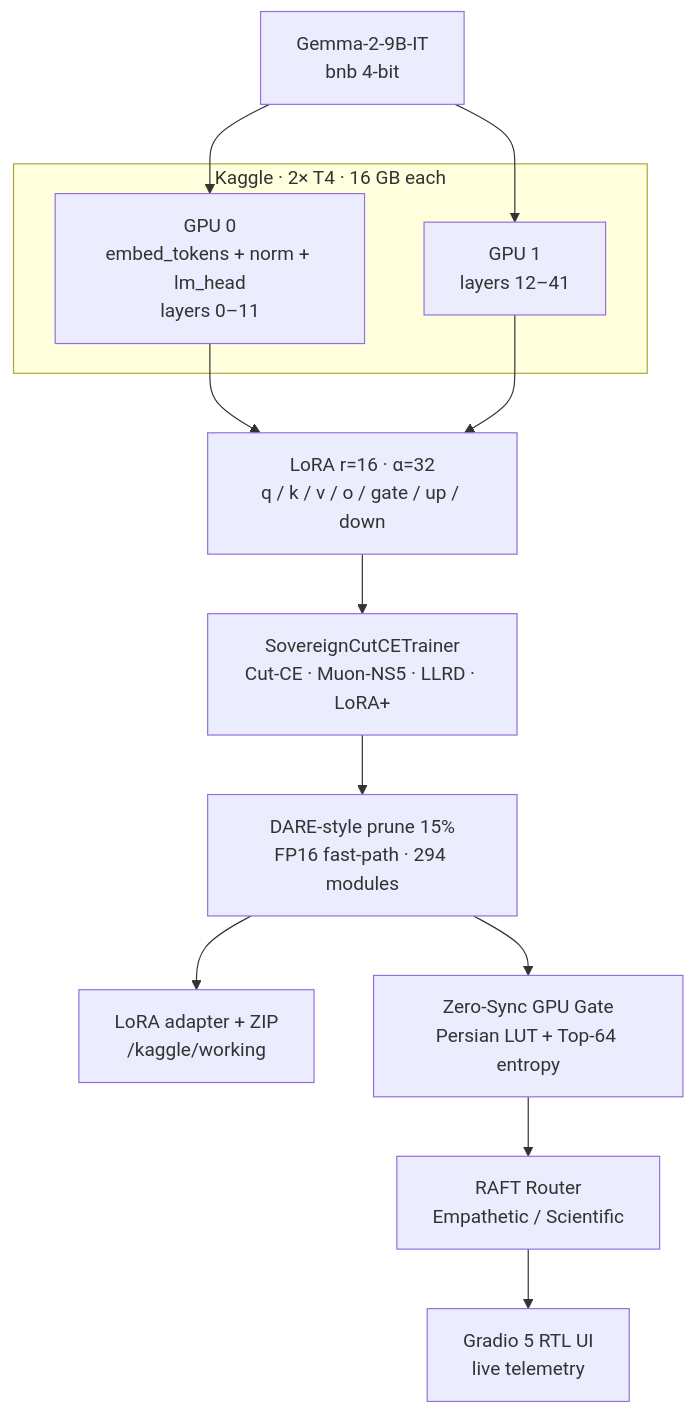
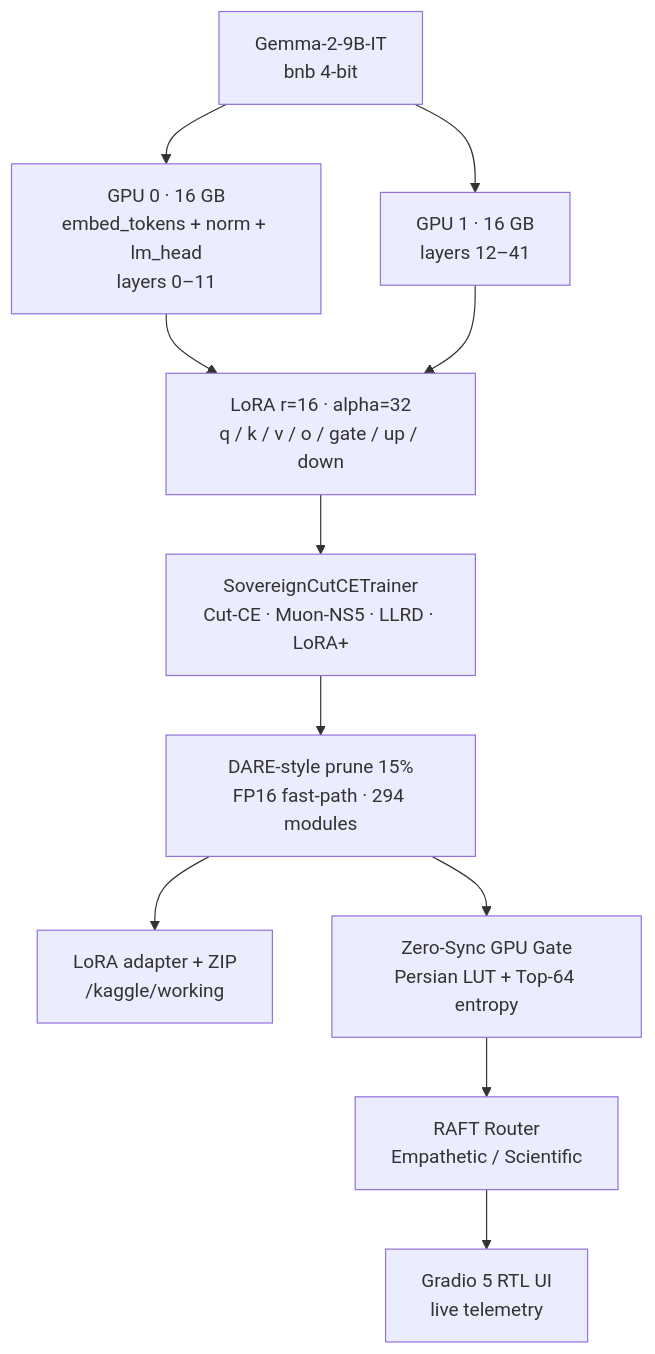
Before and after one commit to IMI1998/Advanced-fine-tuning: the diagram in README.md, drawn with Mermaid.

Commit message:
Fix Mermaid diagram syntax in README

````diff
--- a/README.md
+++ b/README.md
@@ -87,21 +87,24 @@
 ```mermaid
 flowchart TB
-    subgraph K["Kaggle · 2× T4 · 16 GB each"]
-        G0["GPU 0<br/>embed_tokens + norm + lm_head<br/>layers 0–11"]
-        G1["GPU 1<br/>layers 12–41"]
-    end
+    M["Gemma-2-9B-IT<br/>bnb 4-bit"]
+    G0["GPU 0 · 16 GB<br/>embed_tokens + norm + lm_head<br/>layers 0–11"]
+    G1["GPU 1 · 16 GB<br/>layers 12–41"]
+    L["LoRA r=16 · alpha=32<br/>q / k / v / o / gate / up / down"]
+    T["SovereignCutCETrainer<br/>Cut-CE · Muon-NS5 · LLRD · LoRA+"]
+    P["DARE-style prune 15%<br/>FP16 fast-path · 294 modules"]
+    S["LoRA adapter + ZIP<br/>/kaggle/working"]
+    R["Zero-Sync GPU Gate<br/>Persian LUT + Top-64 entropy"]
+    U["RAFT Router<br/>Empathetic / Scientific"]
+    UI["Gradio 5 RTL UI<br/>live telemetry"]
 
-    M["Gemma-2-9B-IT<br/>bnb 4-bit"] --> G0
+    M --> G0
     M --> G1
-
-    G0 --> L["LoRA r=16 · α=32<br/>q / k / v / o / gate / up / down"]
+    G0 --> L
     G1 --> L
-
-    L --> T["SovereignCutCETrainer<br/>Cut-CE · Muon-NS5 · LLRD · LoRA+"]
-    T --> P["DARE-style prune 15%<br/>FP16 fast-path · 294 modules"]
-
-    P --> S["LoRA adapter + ZIP<br/>/kaggle/working"]
-    P --> R["Zero-Sync GPU Gate<br/>Persian LUT + Top-64 entropy"]
-    R --> U["RAFT Router<br/>Empathetic / Scientific"]
-    U --> UI["Gradio 5 RTL UI<br/>live telemetry"]
+    L --> T
+    T --> P
+    P --> S
+    P --> R
+    R --> U
+    U --> UI
 ```
````
